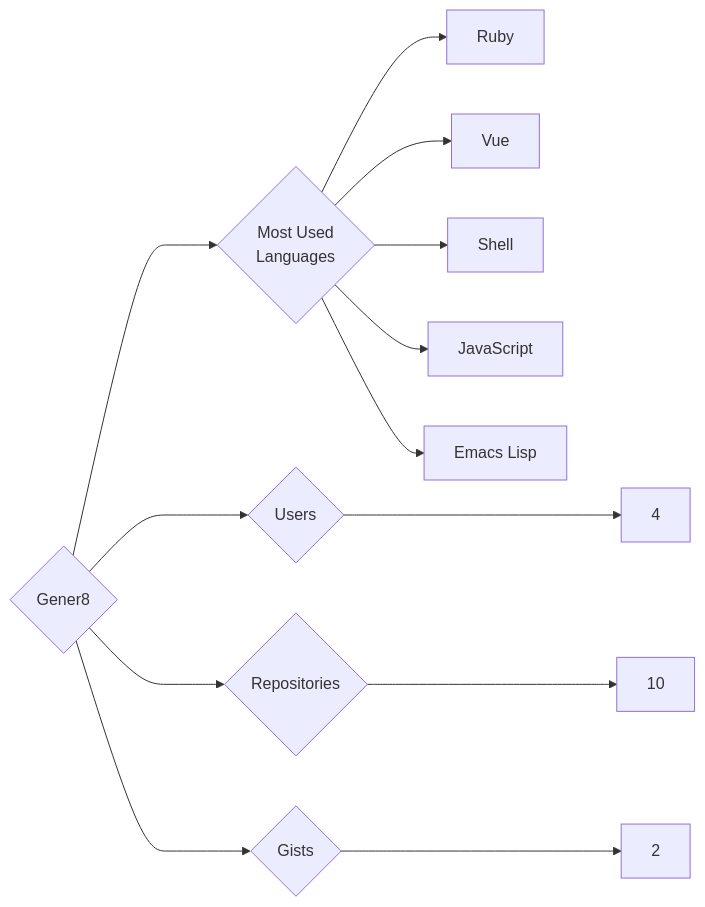
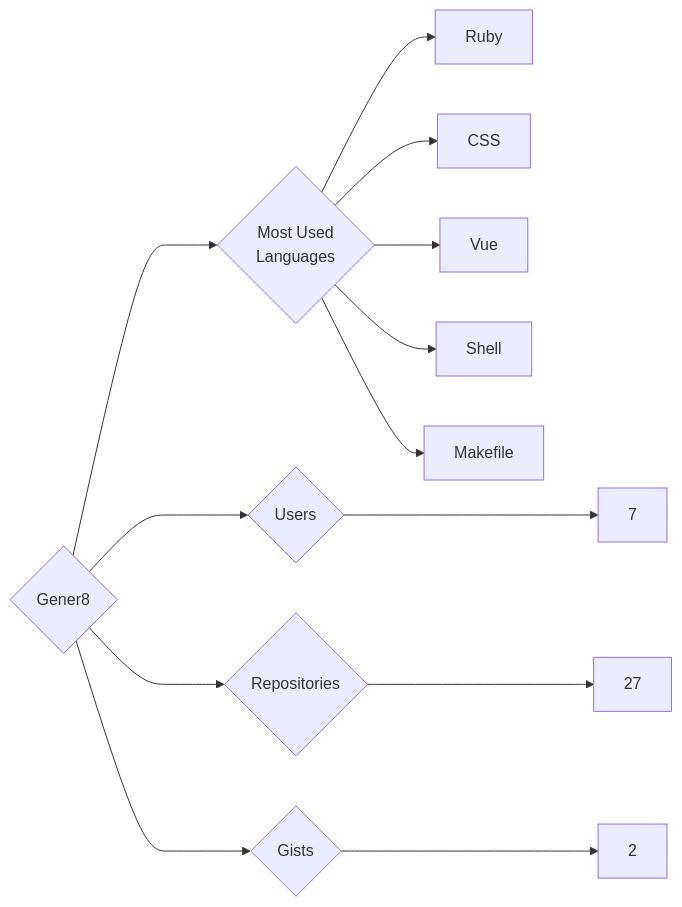
Before and after one commit to trickest/insiders: the diagram in targets/Gener8/README.md, drawn with Mermaid. The commit also changed 1148 other files, not shown here.

````diff
--- a/targets/Gener8/README.md
+++ b/targets/Gener8/README.md
@@ -3,13 +3,13 @@
 ```mermaid
 graph LR
 COMPANY_NAME{Gener8}
-COMPANY_NAME ---> U{Users} ---> UN[4]
-COMPANY_NAME ---> R{Repositories} ---> RN[10]
+COMPANY_NAME ---> U{Users} ---> UN[7]
+COMPANY_NAME ---> R{Repositories} ---> RN[27]
 COMPANY_NAME ---> G{Gists} ---> GN[2]
 COMPANY_NAME ---> ML{Most Used<br>Languages}
 ML --> Ruby[Ruby]
+ML --> CSS[CSS]
 ML --> Vue[Vue]
 ML --> Shell[Shell]
-ML --> JavaScript[JavaScript]
-ML --> Emacs_Lisp[Emacs Lisp]
+ML --> Makefile[Makefile]
 ```
````
